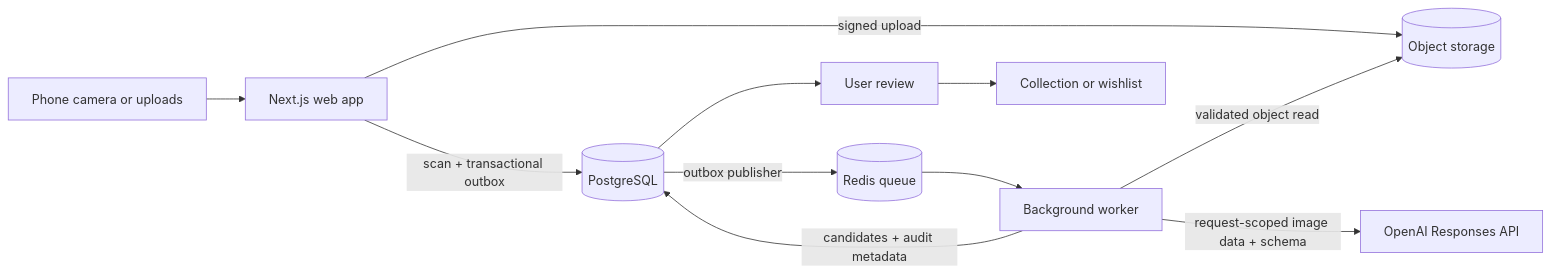
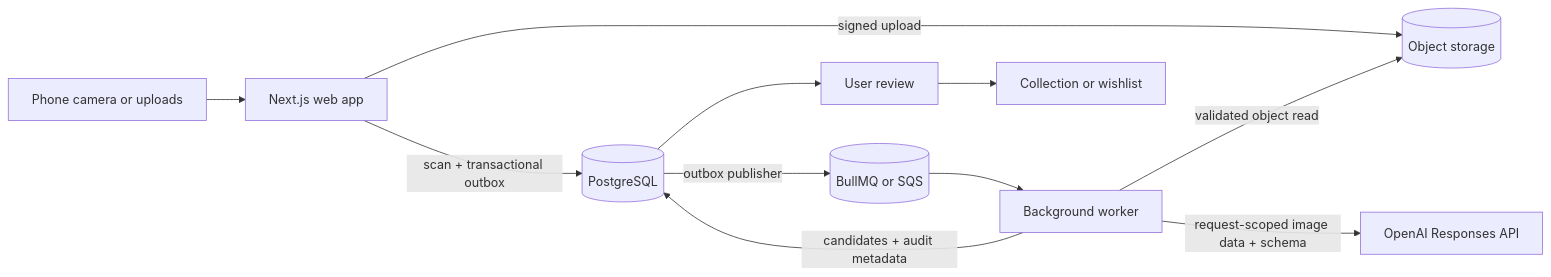
Before and after one commit to jessig1/vinylhound_new: the first of 2 diagrams in docs/ARCHITECTURE.md, drawn with Mermaid. The commit also changed other lines of this file and 67 other files, not shown here.

````diff
--- a/docs/ARCHITECTURE.md
+++ b/docs/ARCHITECTURE.md
@@ -7,13 +11,13 @@
 ```mermaid
 flowchart LR
   Phone[Phone camera or uploads] --> Web[Next.js web app]
   Web -->|signed upload| Objects[(Object storage)]
   Web -->|scan + transactional outbox| DB[(PostgreSQL)]
-  DB -->|outbox publisher| Queue[(Redis queue)]
+  DB -->|outbox publisher| Queue[(BullMQ or SQS)]
   Queue --> Worker[Background worker]
   Worker -->|validated object read| Objects
   Worker -->|request-scoped image data + schema| OpenAI[OpenAI Responses API]
   Worker -->|candidates + audit metadata| DB
   DB --> Review[User review]
   Review --> Lists[Collection or wishlist]
 ```
````
